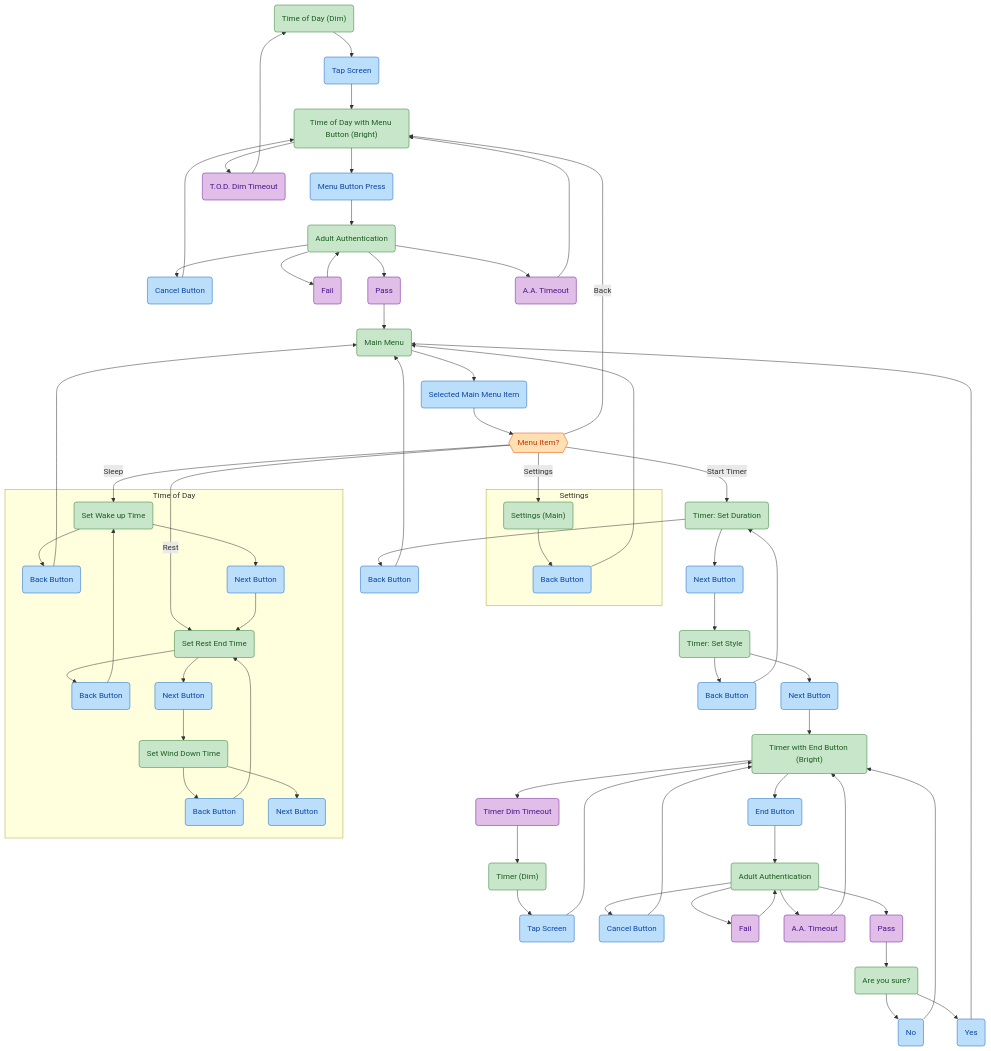
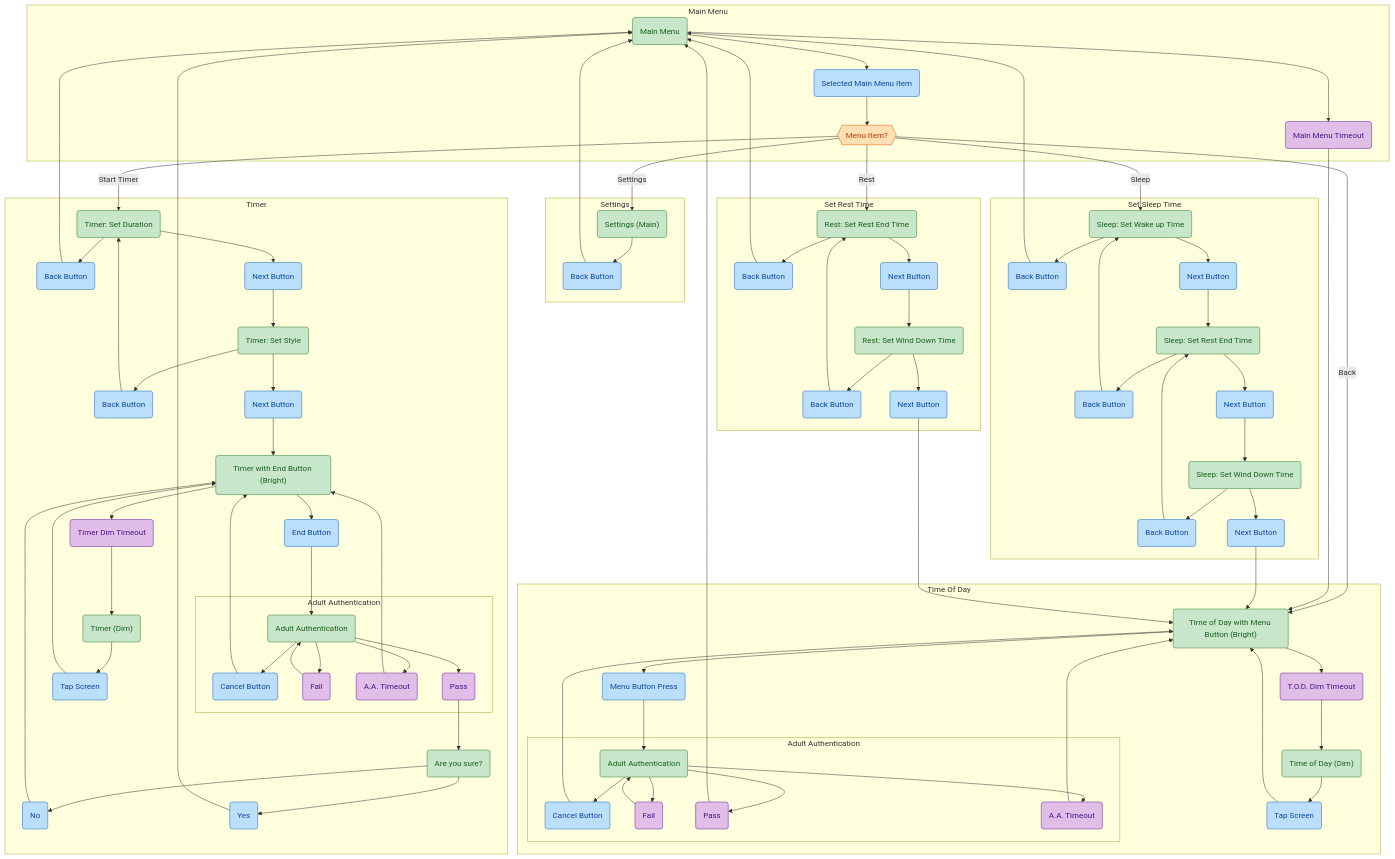
Before and after one commit to mattlat21/TimeDisk: the diagram in docs/screen_flow.md, drawn with Mermaid.

Commit message:
complete flow chart for screens

````diff
--- a/docs/screen_flow.md
+++ b/docs/screen_flow.md
@@ -3,10 +3,10 @@
 ```mermaid
 flowchart TB
     %% Screens (green)
+    menu("Main Menu")
     tod_dim("Time of Day (Dim)")
     tod_bright("Time of Day with Menu Button (Bright)")
     aa_start("Adult Authentication")
-    menu("Main Menu")
     settings("Settings (Main)")
     timer_duration("Timer: Set Duration")
     timer_style("Timer: Set Style")
@@ -14,9 +14,11 @@
     timer_dim("Timer (Dim)")
     aa_end("Adult Authentication")
     confirm("Are you sure?")
-    sleep_set_wake_up_time("Set Wake up Time")
-    sleep_rest_rest_end_time("Set Rest End Time")
-    sleep_set_wind_down_time("Set Wind Down Time")
+    sleep_set_wake_up_time("Sleep: Set Wake up Time")
+    sleep_rest_rest_end_time("Sleep: Set Rest End Time")
+    sleep_set_wind_down_time("Sleep: Set Wind Down Time")
+    rest_set_rest_end_time("Rest: Set Rest End Time")
+    rest_set_wind_down_time("Rest: Set Wind Down Time")
 
     %% User actions (blue)
     tap1("Tap Screen")
@@ -36,6 +38,8 @@
     sleep_set_wake_up_time_back_button("Back Button")
     sleep_rest_rest_end_time_back_button("Back Button")
     sleep_set_wind_down_time_back_button("Back Button")
+    rest_set_rest_end_time_back_button("Back Button")
+    rest_set_wind_down_time_back_button("Back Button")
 
     %% User Next Buttons
     ok_duration("Next Button")
@@ -43,6 +47,8 @@
     sleep_set_wake_up_time_next_button("Next Button")
     sleep_rest_rest_end_time_next_button("Next Button")
     sleep_set_wind_down_time_next_button("Next Button")
+    rest_set_rest_end_time_next_button("Next Button")
+    rest_set_wind_down_time_next_button("Next Button")
 
     %% System events (purple)
     timeout_tod("T.O.D. Dim Timeout")
@@ -53,35 +59,55 @@
     fail_end("Fail")
     timeout_aa_end("A.A. Timeout")
     pass_end("Pass")
+    main_menu_timeout("Main Menu Timeout")
 
     %% Decision (orange)
     which_main_menu_item_selected{{"Menu Item?"}}
 
     %% Idle and authentication
-    tod_dim --> tap1 --> tod_bright
-    tod_bright --> timeout_tod --> tod_dim
-    tod_bright --> btn_press --> aa_start
-    aa_start --> fail_start --> aa_start
-    aa_start --> timeout_aa_start --> tod_bright
-    aa_start --> cancel_start --> tod_bright
-    aa_start --> pass_start --> menu
+    subgraph Time Of Day
+        tod_dim --> tap1 --> tod_bright
+        tod_bright --> timeout_tod --> tod_dim
+        tod_bright --> btn_press --> aa_start
+        subgraph Adult Authentication
+            aa_start --> fail_start
+            aa_start --> timeout_aa_start
+            aa_start --> cancel_start
+            aa_start --> pass_start
+        end
+        fail_start --> aa_start
+        timeout_aa_start --> tod_bright
+        cancel_start --> tod_bright
+    end
 
     %% Menu and settings
-    menu --> selected_main_menu_item --> which_main_menu_item_selected
+    subgraph Main Menu
+        menu --> selected_main_menu_item --> which_main_menu_item_selected
+        menu --> main_menu_timeout
+    end
     which_main_menu_item_selected --> |Settings| settings
     which_main_menu_item_selected --> |Back| tod_bright
     which_main_menu_item_selected --> |Start Timer| timer_duration
     which_main_menu_item_selected --> |Sleep| sleep_set_wake_up_time
-    which_main_menu_item_selected --> |Rest| sleep_rest_rest_end_time
+    which_main_menu_item_selected --> |Rest| rest_set_rest_end_time
+    main_menu_timeout --> tod_bright
+
+
+    %% Back to Menu
+    back_btn_settings --> menu
+    sleep_set_wake_up_time_back_button --> menu
+    rest_set_rest_end_time_back_button --> menu
+    back_duration --> menu
+    confirm_yes --> menu
+    pass_start --> menu
 
     %% Settings
     subgraph Settings
         settings --> back_btn_settings
     end
-    back_btn_settings --> menu
 
     %% Time of Day Setup
-    subgraph Time of Day
+    subgraph Set Sleep Time
         sleep_set_wake_up_time --> sleep_set_wake_up_time_next_button --> sleep_rest_rest_end_time
         sleep_set_wake_up_time --> sleep_set_wake_up_time_back_button
         sleep_rest_rest_end_time --> sleep_rest_rest_end_time_next_button --> sleep_set_wind_down_time
@@ -89,32 +115,53 @@
         sleep_set_wind_down_time --> sleep_set_wind_down_time_next_button
         sleep_set_wind_down_time --> sleep_set_wind_down_time_back_button --> sleep_rest_rest_end_time
     end
-    sleep_set_wake_up_time_back_button --> menu
+    sleep_set_wind_down_time_next_button --> tod_bright
+
+    subgraph Set Rest Time
+        rest_set_rest_end_time --> rest_set_rest_end_time_next_button --> rest_set_wind_down_time
+        rest_set_rest_end_time --> rest_set_rest_end_time_back_button
+        rest_set_wind_down_time --> rest_set_wind_down_time_next_button
+        rest_set_wind_down_time --> rest_set_wind_down_time_back_button --> rest_set_rest_end_time
+    end
+    rest_set_wind_down_time_next_button --> tod_bright
 
     %% Timer setup
-    timer_duration --> ok_duration --> timer_style
-    timer_duration --> back_duration --> menu
-    timer_style --> ok_style --> timer_bright
-    timer_style --> back_style --> timer_duration
+    subgraph Timer
+        timer_duration --> ok_duration --> timer_style
+        timer_duration --> back_duration
+        timer_style --> ok_style --> timer_bright
+        timer_style --> back_style --> timer_duration
 
-    %% Active timer
-    timer_bright --> dim_timeout --> timer_dim
-    timer_dim --> tap2 --> timer_bright
-    timer_bright --> end_btn --> aa_end
-    aa_end --> fail_end --> aa_end
-    aa_end --> timeout_aa_end --> timer_bright
-    aa_end --> cancel_end --> timer_bright
-    aa_end --> pass_end --> confirm
-    confirm --> confirm_no --> timer_bright
-    confirm --> confirm_yes --> menu
+        %% Active timer
+        timer_bright --> dim_timeout --> timer_dim
+        timer_dim --> tap2 --> timer_bright
+        timer_bright --> end_btn --> aa_end
+
+        subgraph Adult Authentication
+            aa_end --> fail_end --> aa_end
+            aa_end --> timeout_aa_end
+            aa_end --> cancel_end
+            aa_end --> pass_end
+        end
+        timeout_aa_end --> timer_bright
+        cancel_end --> timer_bright
+        pass_end --> confirm
+        confirm --> confirm_no --> timer_bright
+        confirm --> confirm_yes
+
+    end
 
     classDef screen fill:#c8e6c9,stroke:#2e7d32,color:#1b5e20
     classDef action fill:#bbdefb,stroke:#1565c0,color:#0d47a1
     classDef event fill:#e1bee7,stroke:#6a1b9a,color:#4a148c
     classDef decision fill:#ffe0b2,stroke:#e65100,color:#bf360c
 
-    class tod_dim,tod_bright,aa_start,menu,settings,timer_duration,timer_style,timer_bright,timer_dim,aa_end,confirm,sleep_set_wake_up_time,sleep_rest_rest_end_time,sleep_set_wind_down_time screen
-    class tap1,btn_press,cancel_start,ok_duration,back_btn_settings,back_duration,ok_style,back_style,tap2,end_btn,cancel_end,confirm_no,selected_main_menu_item,confirm_yes,sleep_set_wake_up_time_back_button,sleep_rest_rest_end_time_back_button,sleep_set_wind_down_time_back_button,sleep_set_wake_up_time_next_button,sleep_rest_rest_end_time_next_button,sleep_set_wind_down_time_next_button action
-    class timeout_tod,fail_start,pass_start,timeout_aa_start,dim_timeout,fail_end,timeout_aa_end,pass_end event
+    class tod_dim,tod_bright,aa_start,menu,settings,timer_duration,timer_style,timer_bright,timer_dim,aa_end,confirm,sleep_set_wake_up_time,sleep_rest_rest_end_time,sleep_set_wind_down_time,rest_set_rest_end_time,rest_set_wind_down_time screen
+
+    rest_set_wind_down_time_next_button("Next Button")
+    class tap1,btn_press,cancel_start,ok_duration,back_btn_settings,back_duration,ok_style,back_style,tap2,end_btn,cancel_end,confirm_no,selected_main_menu_item,confirm_yes,sleep_set_wake_up_time_back_button,sleep_rest_rest_end_time_back_button,sleep_set_wind_down_time_back_button,sleep_set_wake_up_time_next_button,sleep_rest_rest_end_time_next_button,sleep_set_wind_down_time_next_button,rest_set_rest_end_time_back_button,rest_set_wind_down_time_back_button,rest_set_rest_end_time_next_button,rest_set_wind_down_time_next_button action
+
+    class timeout_tod,fail_start,pass_start,timeout_aa_start,dim_timeout,fail_end,timeout_aa_end,pass_end,main_menu_timeout event
+
     class which_main_menu_item_selected decision
 ```
````
